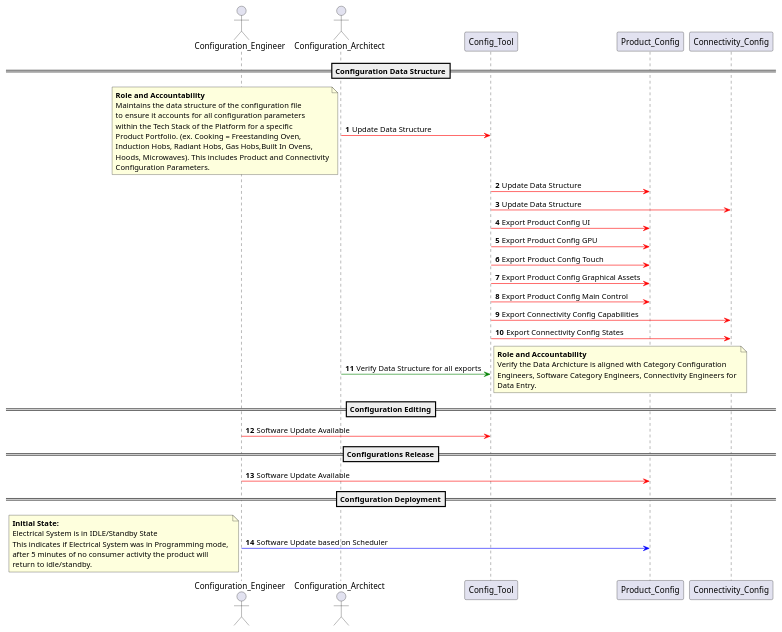
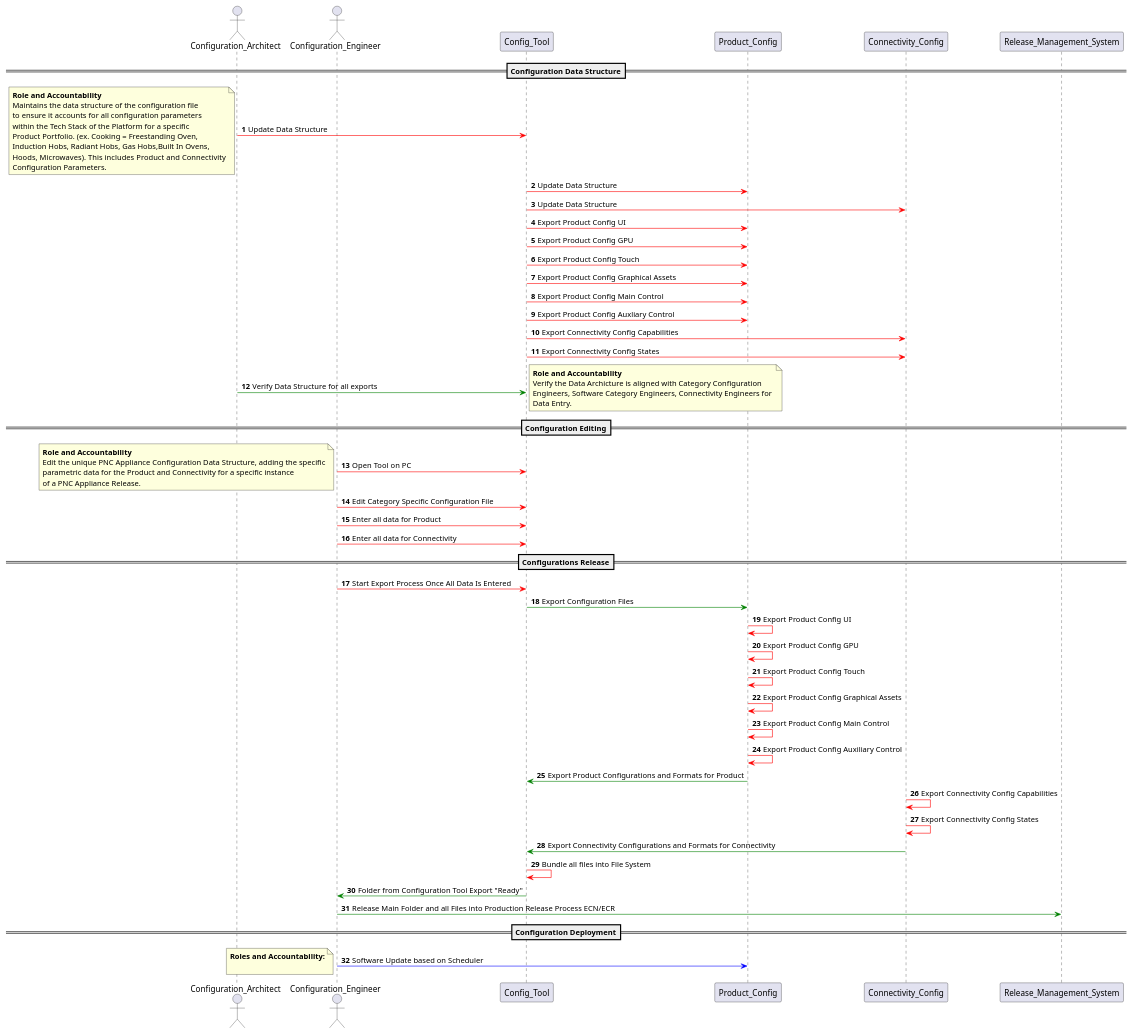
One commit to wjelston/wallaceelston.github.io changed the diagram in configurations_and_capabilities/document_formats/config_process.wsd. Above: the diagram before and after it, drawn with PlantUML. The commit also changed 2 other files, not shown here.

Commit message:
Updated Config
Markdown
Sequence Diagram

```diff
--- a/configurations_and_capabilities/document_formats/config_process.wsd
+++ b/configurations_and_capabilities/document_formats/config_process.wsd
@@ -1,57 +1,79 @@
 @startuml Configuration_Process
 
 
     autonumber
+    actor Configuration_Architect
     actor Configuration_Engineer
-    actor Configuration_Architect
 
     ==Configuration Data Structure==
 
     Configuration_Architect -[#red]> Config_Tool : Update Data Structure
     note left 
     **Role and Accountability**
     Maintains the data structure of the configuration file
     to ensure it accounts for all configuration parameters 
     within the Tech Stack of the Platform for a specific 
     Product Portfolio. (ex. Cooking = Freestanding Oven, 
     Induction Hobs, Radiant Hobs, Gas Hobs,Built In Ovens, 
     Hoods, Microwaves).  This includes Product and Connectivity
     Configuration Parameters.
     end note
+
     Config_Tool -[#red]> Product_Config : Update Data Structure
     Config_Tool -[#red]> Connectivity_Config : Update Data Structure
     Config_Tool -[#red]> Product_Config: Export Product Config UI
     Config_Tool -[#red]> Product_Config: Export Product Config GPU
     Config_Tool -[#red]> Product_Config: Export Product Config Touch
     Config_Tool -[#red]> Product_Config: Export Product Config Graphical Assets
     Config_Tool -[#red]> Product_Config: Export Product Config Main Control
+    Config_Tool -[#red]> Product_Config: Export Product Config Auxliary Control
     Config_Tool -[#red]> Connectivity_Config: Export Connectivity Config Capabilities
     Config_Tool -[#red]> Connectivity_Config: Export Connectivity Config States
     Configuration_Architect -[#Green]> Config_Tool: Verify Data Structure for all exports
     note right
     **Role and Accountability**
     Verify the Data Archicture is aligned with Category Configuration
     Engineers, Software Category Engineers, Connectivity Engineers for 
     Data Entry.
     end note
 
     ==Configuration Editing==
 
-    Configuration_Engineer -[#red]> Config_Tool : Software Update Available
+    Configuration_Engineer -[#red]> Config_Tool : Open Tool on PC
+    note left
+    **Role and Accountability**
+    Edit the unique PNC Appliance Configuration Data Structure, adding the specific
+    parametric data for the Product and Connectivity for a specific instance
+    of a PNC Appliance Release.
+    end note
+    Configuration_Engineer -[#red]> Config_Tool : Edit Category Specific Configuration File
+    Configuration_Engineer -[#red]> Config_Tool : Enter all data for Product
+    Configuration_Engineer -[#red]> Config_Tool : Enter all data for Connectivity
 
     ==Configurations Release==
 
-    Configuration_Engineer -[#red]> Product_Config : Software Update Available
+    Configuration_Engineer -[#red]> Config_Tool : Start Export Process Once All Data Is Entered
+    Config_Tool -[#Green]> Product_Config: Export Configuration Files
+    Product_Config -[#red]> Product_Config: Export Product Config UI
+    Product_Config -[#red]> Product_Config: Export Product Config GPU
+    Product_Config -[#red]> Product_Config: Export Product Config Touch
+    Product_Config -[#red]> Product_Config: Export Product Config Graphical Assets
+    Product_Config -[#red]> Product_Config: Export Product Config Main Control
+    Product_Config -[#red]> Product_Config: Export Product Config Auxiliary Control
+    Product_Config -[#green]> Config_Tool: Export Product Configurations and Formats for Product
+    Connectivity_Config -[#red]> Connectivity_Config: Export Connectivity Config Capabilities
+    Connectivity_Config -[#red]> Connectivity_Config: Export Connectivity Config States
+    Connectivity_Config -[#green]> Config_Tool: Export Connectivity Configurations and Formats for Connectivity
+    Config_Tool -[#red]> Config_Tool: Bundle all files into File System
+    Config_Tool -[#Green]> Configuration_Engineer: Folder from Configuration Tool Export "Ready"
+    Configuration_Engineer -[#Green]> Release_Management_System: Release Main Folder and all Files into Production Release Process ECN/ECR
     
     ==Configuration Deployment==
 
    Configuration_Engineer -[#blue]> Product_Config: Software Update based on Scheduler
     note left 
-    **Initial State:**
-    Electrical System is in IDLE/Standby State
-    This indicates if Electrical System was in Programming mode, 
-    after 5 minutes of no consumer activity the product will 
-    return to idle/standby.
+    **Roles and Accountability:**
+
     end note
     
 @enduml
```
